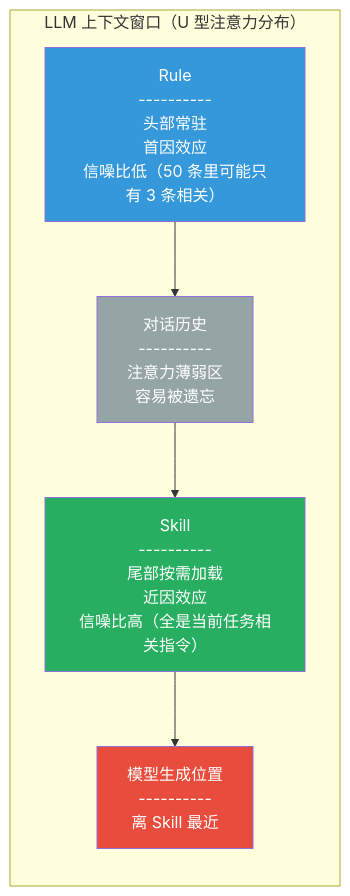
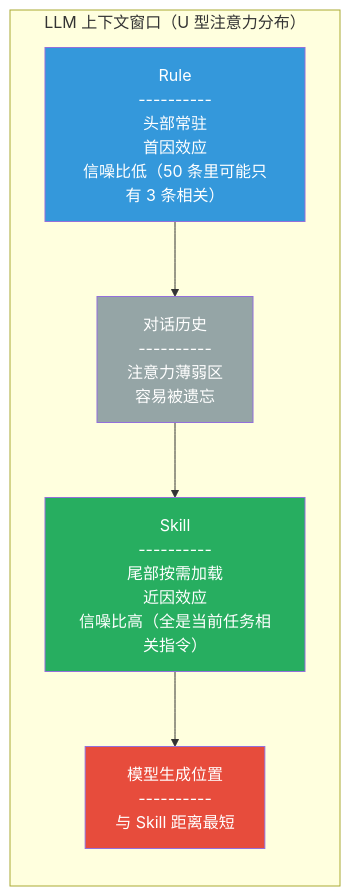
The fifth of 14 diagrams in docs/reference/agent-development-practice-guide.md (Harryleft/heluo-frontend), drawn with Mermaid before and after one commit.

Commit message:
docs(agent-development-practice-guide.md): sync repository guidance

````diff
--- a/docs/reference/agent-development-practice-guide.md
+++ b/docs/reference/agent-development-practice-guide.md
@@ -227,17 +227,17 @@
 ```mermaid
 flowchart LR
     subgraph "LLM 上下文窗口（U 型注意力分布）"
         direction TB
         R["Rule<br/>----------<br/>头部常驻<br/>首因效应<br/>信噪比低（50 条里可能只有 3 条相关）"]
         H["对话历史<br/>----------<br/>注意力薄弱区<br/>容易被遗忘"]
         S["Skill<br/>----------<br/>尾部按需加载<br/>近因效应<br/>信噪比高（全是当前任务相关指令）"]
-        G["模型生成位置<br/>----------<br/>离 Skill 最近"]
+        G["模型生成位置<br/>----------<br/>与 Skill 距离最短"]
     end
 
     R --> H --> S --> G
 
     style R fill:#3498DB,color:#fff
     style H fill:#95A5A6,color:#fff
     style S fill:#27AE60,color:#fff
     style G fill:#E74C3C,color:#fff
 ```
````
